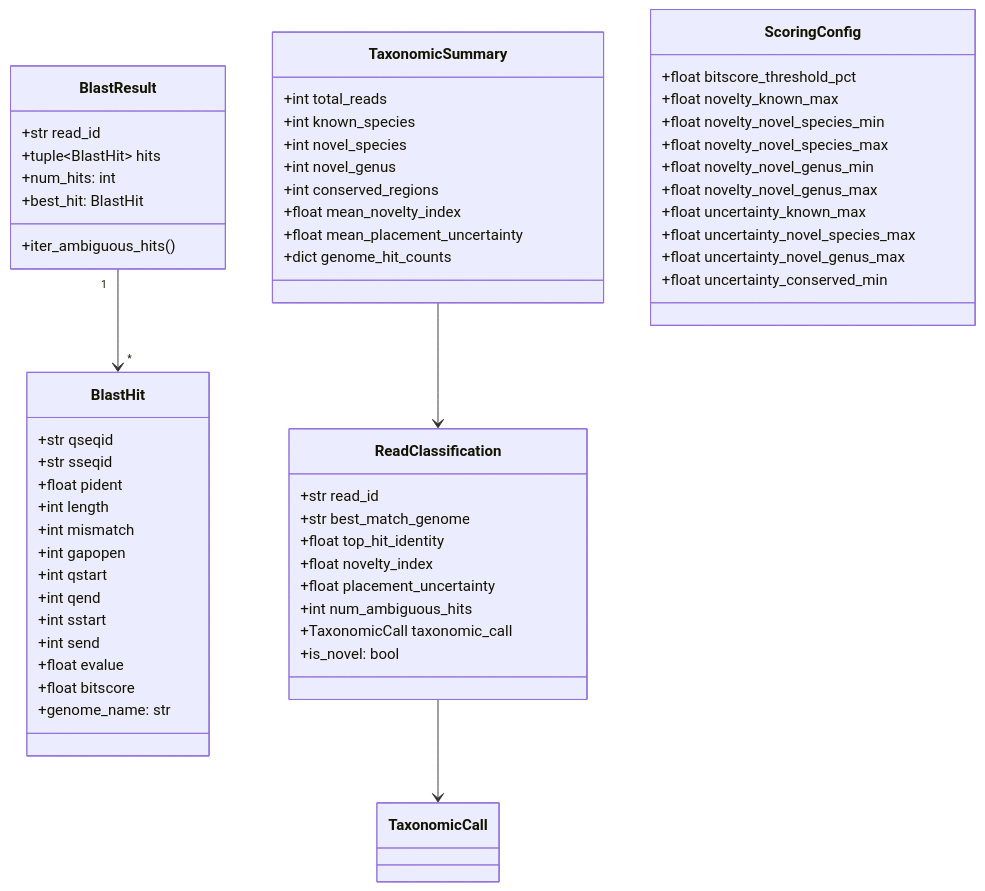
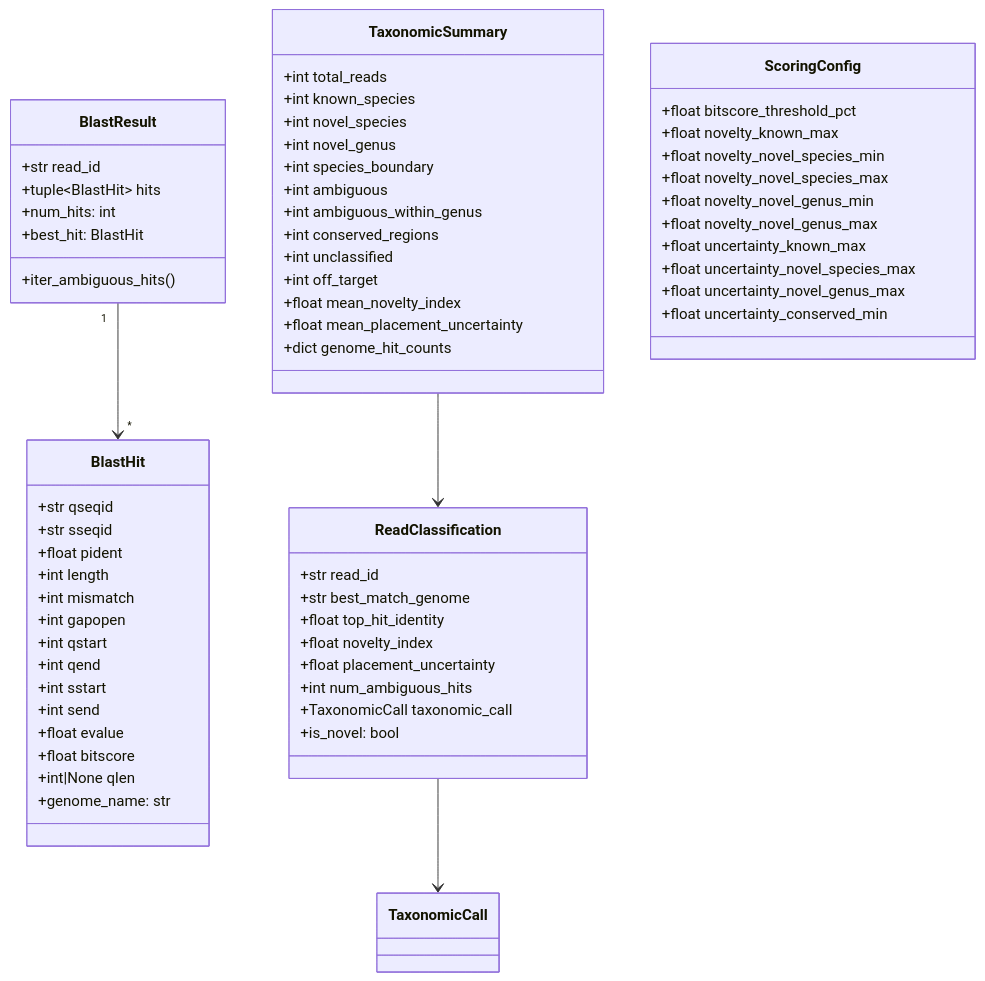
One commit to FOI-Bioinformatics/metadarkmatter changed the ninth of 20 diagrams in docs/ARCHITECTURE.md. Above: the diagram before and after it, drawn with Mermaid. The commit also changed other lines of this file and 3 other files, not shown here.

````diff
--- a/docs/ARCHITECTURE.md
+++ b/docs/ARCHITECTURE.md
@@ -319,65 +346,71 @@
 ```mermaid
 classDiagram
     class BlastHit {
         +str qseqid
         +str sseqid
         +float pident
         +int length
         +int mismatch
         +int gapopen
         +int qstart
         +int qend
         +int sstart
         +int send
         +float evalue
         +float bitscore
+        +int|None qlen
         +genome_name: str
     }
 
     class BlastResult {
         +str read_id
         +tuple~BlastHit~ hits
         +num_hits: int
         +best_hit: BlastHit
         +iter_ambiguous_hits()
     }
 
     class ReadClassification {
         +str read_id
         +str best_match_genome
         +float top_hit_identity
         +float novelty_index
         +float placement_uncertainty
         +int num_ambiguous_hits
         +TaxonomicCall taxonomic_call
         +is_novel: bool
     }
 
     class TaxonomicSummary {
         +int total_reads
         +int known_species
         +int novel_species
         +int novel_genus
+        +int species_boundary
+        +int ambiguous
+        +int ambiguous_within_genus
         +int conserved_regions
+        +int unclassified
+        +int off_target
         +float mean_novelty_index
         +float mean_placement_uncertainty
         +dict genome_hit_counts
     }
 
     class ScoringConfig {
         +float bitscore_threshold_pct
         +float novelty_known_max
         +float novelty_novel_species_min
         +float novelty_novel_species_max
         +float novelty_novel_genus_min
         +float novelty_novel_genus_max
         +float uncertainty_known_max
         +float uncertainty_novel_species_max
         +float uncertainty_novel_genus_max
         +float uncertainty_conserved_min
     }
 
     BlastResult "1" --> "*" BlastHit
     ReadClassification --> TaxonomicCall
     TaxonomicSummary --> ReadClassification
 ```
````
